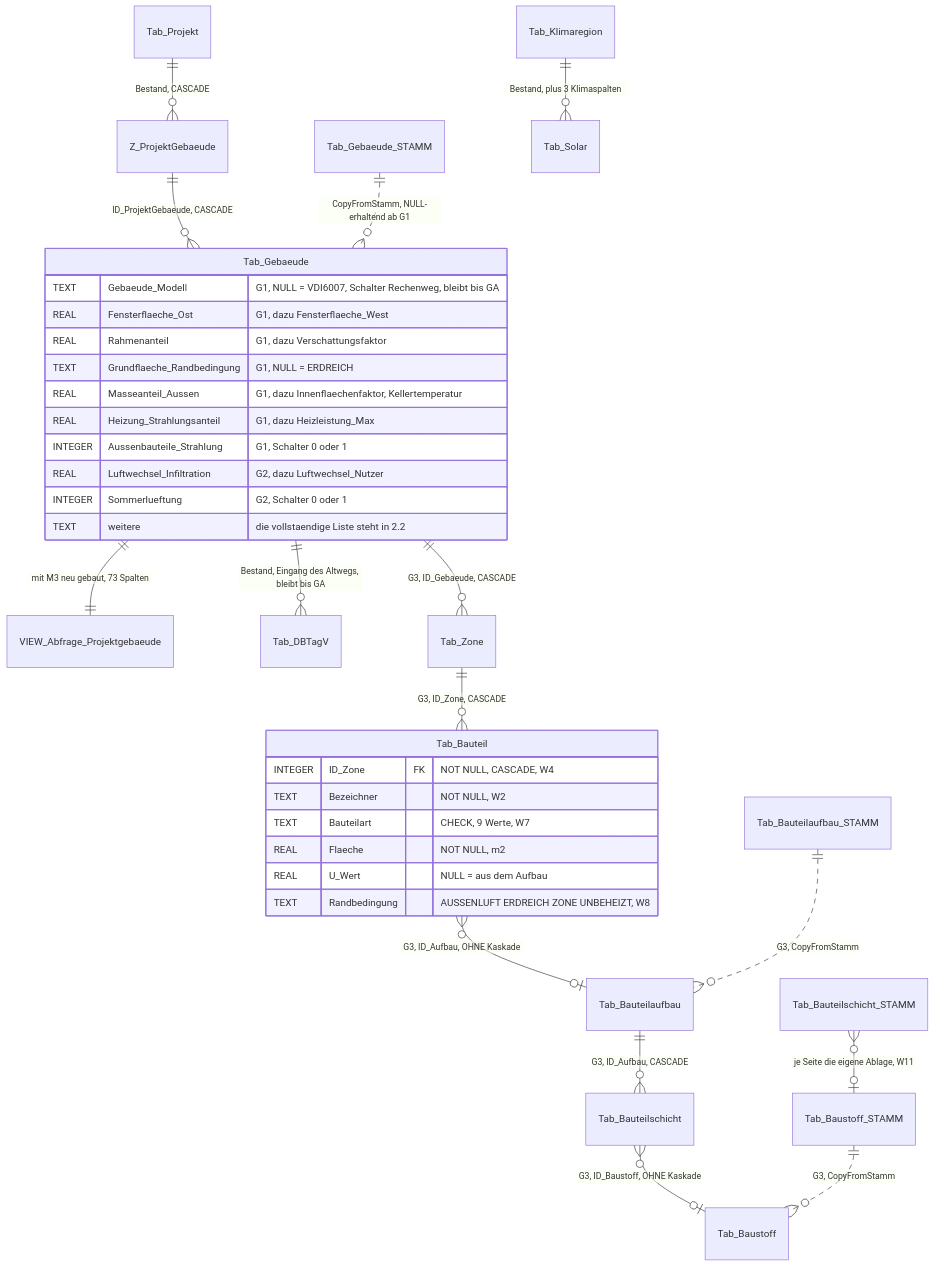
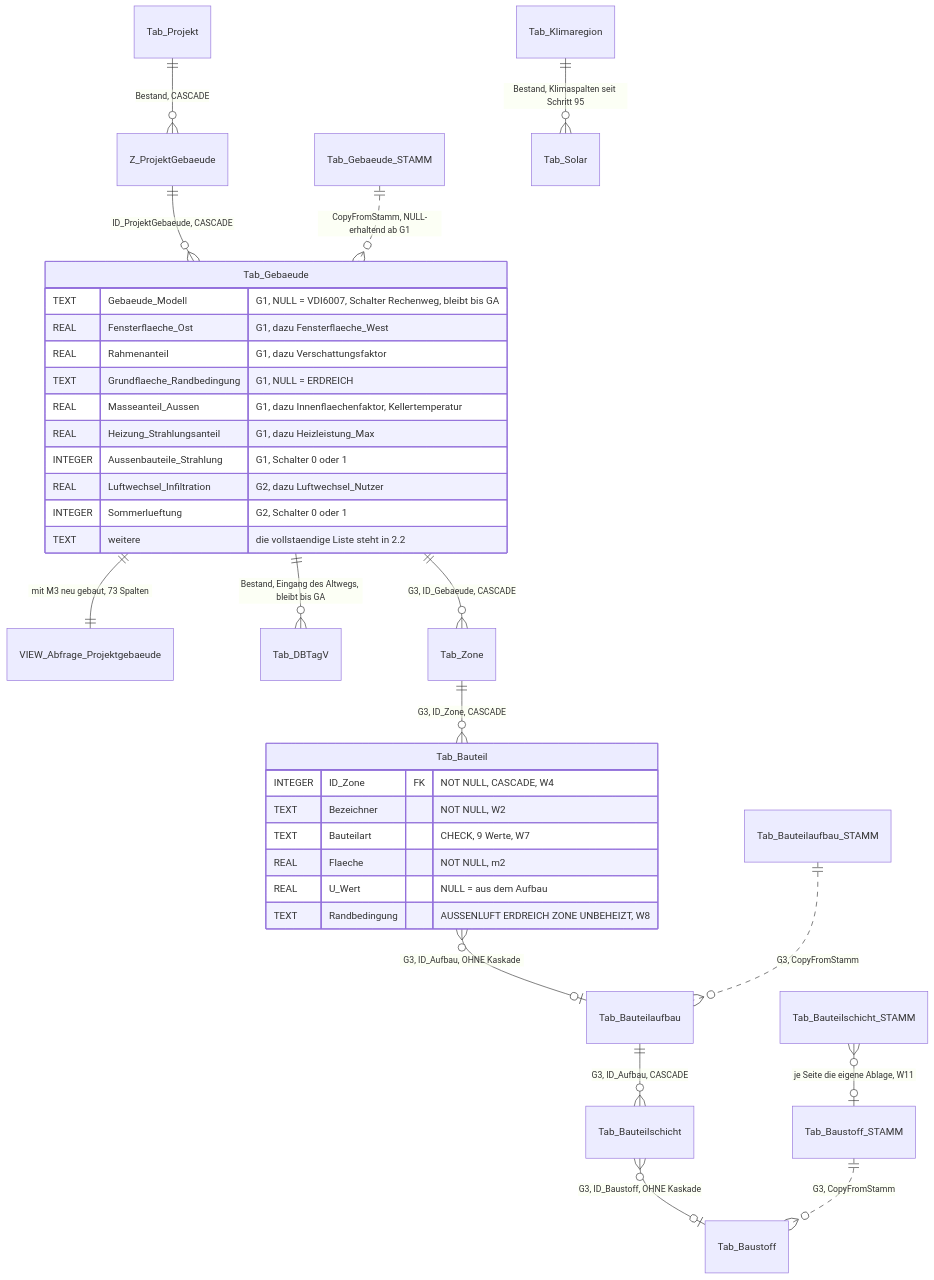
One commit to inekon/EPOS-Plan changed the fifth of 16 diagrams in Dokumentation/aktuell/Softwarearchitektur_Gebaeudesimulation_EPOS-Plan.md. Above: the diagram before and after it, drawn with Mermaid. The commit also changed other lines of this file and 13 other files, not shown here.

````diff
--- a/Dokumentation/aktuell/Softwarearchitektur_Gebaeudesimulation_EPOS-Plan.md
+++ b/Dokumentation/aktuell/Softwarearchitektur_Gebaeudesimulation_EPOS-Plan.md
@@ -727,37 +752,37 @@
 ```mermaid
 erDiagram
     Tab_Projekt ||--o{ Z_ProjektGebaeude : "Bestand, CASCADE"
     Z_ProjektGebaeude ||--o{ Tab_Gebaeude : "ID_ProjektGebaeude, CASCADE"
     Tab_Gebaeude_STAMM ||..o{ Tab_Gebaeude : "CopyFromStamm, NULL-erhaltend ab G1"
     Tab_Gebaeude ||--|| VIEW_Abfrage_Projektgebaeude : "mit M3 neu gebaut, 73 Spalten"
     Tab_Gebaeude ||--o{ Tab_DBTagV : "Bestand, Eingang des Altwegs, bleibt bis GA"
-    Tab_Klimaregion ||--o{ Tab_Solar : "Bestand, plus 3 Klimaspalten"
+    Tab_Klimaregion ||--o{ Tab_Solar : "Bestand, Klimaspalten seit Schritt 95"
     Tab_Gebaeude ||--o{ Tab_Zone : "G3, ID_Gebaeude, CASCADE"
     Tab_Zone ||--o{ Tab_Bauteil : "G3, ID_Zone, CASCADE"
     Tab_Bauteil }o--o| Tab_Bauteilaufbau : "G3, ID_Aufbau, OHNE Kaskade"
     Tab_Bauteilaufbau ||--o{ Tab_Bauteilschicht : "G3, ID_Aufbau, CASCADE"
     Tab_Bauteilschicht }o--o| Tab_Baustoff : "G3, ID_Baustoff, OHNE Kaskade"
     Tab_Baustoff_STAMM ||..o{ Tab_Baustoff : "G3, CopyFromStamm"
     Tab_Bauteilaufbau_STAMM ||..o{ Tab_Bauteilaufbau : "G3, CopyFromStamm"
     Tab_Bauteilschicht_STAMM }o--o| Tab_Baustoff_STAMM : "je Seite die eigene Ablage, W11"
     Tab_Gebaeude {
         TEXT Gebaeude_Modell "G1, NULL = VDI6007, Schalter Rechenweg, bleibt bis GA"
         REAL Fensterflaeche_Ost "G1, dazu Fensterflaeche_West"
         REAL Rahmenanteil "G1, dazu Verschattungsfaktor"
         TEXT Grundflaeche_Randbedingung "G1, NULL = ERDREICH"
         REAL Masseanteil_Aussen "G1, dazu Innenflaechenfaktor, Kellertemperatur"
         REAL Heizung_Strahlungsanteil "G1, dazu Heizleistung_Max"
         INTEGER Aussenbauteile_Strahlung "G1, Schalter 0 oder 1"
         REAL Luftwechsel_Infiltration "G2, dazu Luftwechsel_Nutzer"
         INTEGER Sommerlueftung "G2, Schalter 0 oder 1"
         TEXT weitere "die vollstaendige Liste steht in 2.2"
     }
     Tab_Bauteil {
         INTEGER ID_Zone FK "NOT NULL, CASCADE, W4"
         TEXT Bezeichner "NOT NULL, W2"
         TEXT Bauteilart "CHECK, 9 Werte, W7"
         REAL Flaeche "NOT NULL, m2"
         REAL U_Wert "NULL = aus dem Aufbau"
         TEXT Randbedingung "AUSSENLUFT ERDREICH ZONE UNBEHEIZT, W8"
     }
 ```
````
